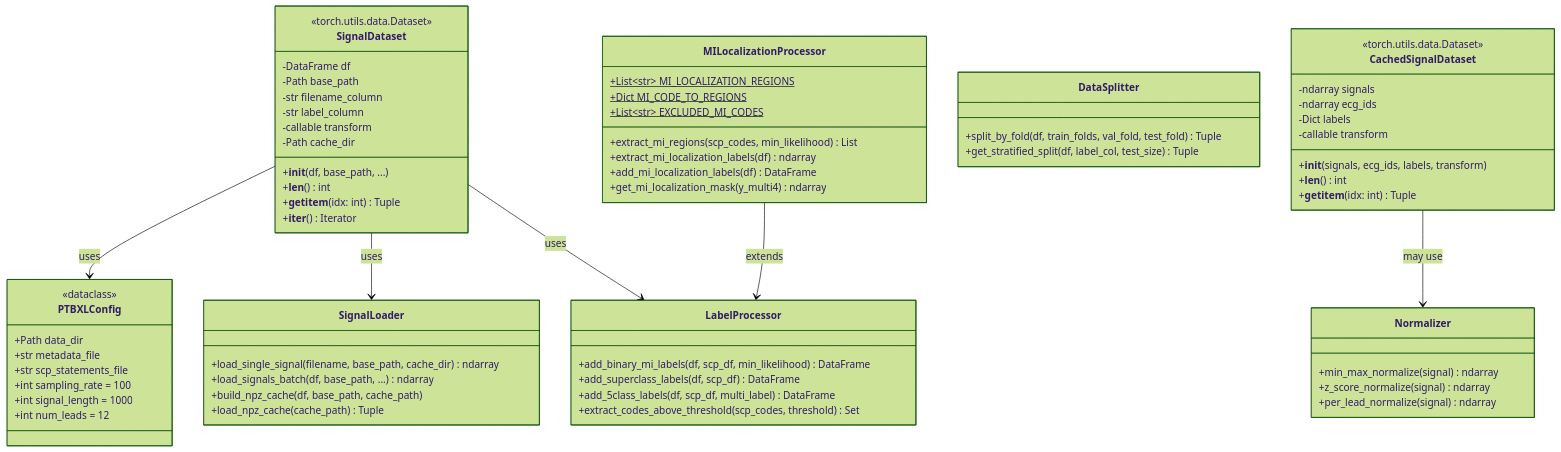
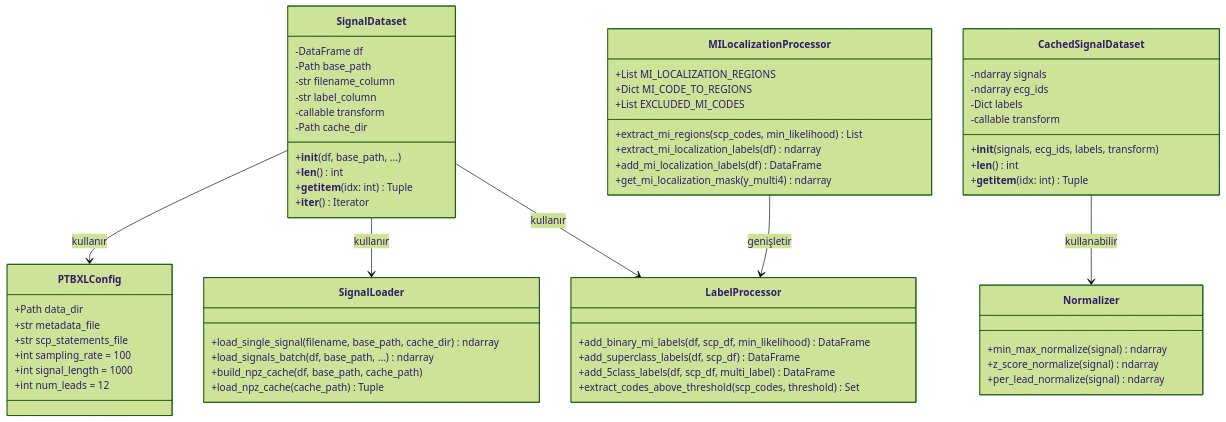
The third of 12 diagrams in docs/diagrams/03_class_diagram.md (mUsaulug/CardioGuard-AI), drawn with Mermaid (forest theme) before and after one commit. The commit also changed other lines of this file and 5 other files, not shown here.

````diff
--- a/docs/diagrams/03_class_diagram.md
+++ b/docs/diagrams/03_class_diagram.md
@@ -159,81 +152,72 @@
 ```mermaid
 classDiagram
     direction TB
     
     class SignalDataset {
-        <<torch.utils.data.Dataset>>
         -DataFrame df
         -Path base_path
         -str filename_column
         -str label_column
         -callable transform
         -Path cache_dir
         +__init__(df, base_path, ...)
         +__len__() int
         +__getitem__(idx: int) Tuple
         +__iter__() Iterator
     }
     
     class CachedSignalDataset {
-        <<torch.utils.data.Dataset>>
         -ndarray signals
         -ndarray ecg_ids
         -Dict labels
         -callable transform
         +__init__(signals, ecg_ids, labels, transform)
         +__len__() int
         +__getitem__(idx: int) Tuple
     }
     
     class PTBXLConfig {
-        <<dataclass>>
         +Path data_dir
         +str metadata_file
         +str scp_statements_file
         +int sampling_rate = 100
         +int signal_length = 1000
         +int num_leads = 12
-    }
-    
-    class DataSplitter {
-        +split_by_fold(df, train_folds, val_fold, test_fold) Tuple
-        +get_stratified_split(df, label_col, test_size) Tuple
     }
     
     class LabelProcessor {
         +add_binary_mi_labels(df, scp_df, min_likelihood) DataFrame
         +add_superclass_labels(df, scp_df) DataFrame
         +add_5class_labels(df, scp_df, multi_label) DataFrame
         +extract_codes_above_threshold(scp_codes, threshold) Set
     }
     
     class MILocalizationProcessor {
-        +List~str~ MI_LOCALIZATION_REGIONS$
-        +Dict MI_CODE_TO_REGIONS$
-        +List~str~ EXCLUDED_MI_CODES$
+        +List MI_LOCALIZATION_REGIONS
+        +Dict MI_CODE_TO_REGIONS
+        +List EXCLUDED_MI_CODES
         +extract_mi_regions(scp_codes, min_likelihood) List
         +extract_mi_localization_labels(df) ndarray
         +add_mi_localization_labels(df) DataFrame
         +get_mi_localization_mask(y_multi4) ndarray
     }
     
     class SignalLoader {
         +load_single_signal(filename, base_path, cache_dir) ndarray
         +load_signals_batch(df, base_path, ...) ndarray
         +build_npz_cache(df, base_path, cache_path)
         +load_npz_cache(cache_path) Tuple
     }
     
     class Normalizer {
         +min_max_normalize(signal) ndarray
         +z_score_normalize(signal) ndarray
         +per_lead_normalize(signal) ndarray
     }
     
-    %% İlişkiler
-    SignalDataset --> PTBXLConfig : uses
-    SignalDataset --> SignalLoader : uses
-    SignalDataset --> LabelProcessor : uses
-    CachedSignalDataset --> Normalizer : may use
-    MILocalizationProcessor --> LabelProcessor : extends
+    SignalDataset --> PTBXLConfig : kullanır
+    SignalDataset --> SignalLoader : kullanır
+    SignalDataset --> LabelProcessor : kullanır
+    CachedSignalDataset --> Normalizer : kullanabilir
+    MILocalizationProcessor --> LabelProcessor : genişletir
 ```
````
